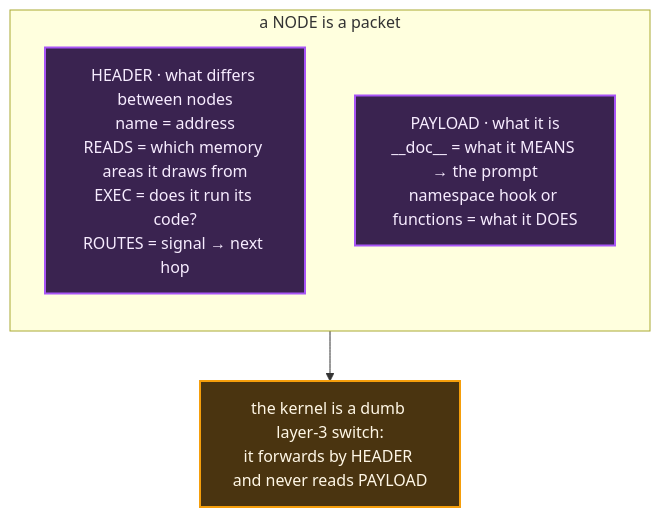
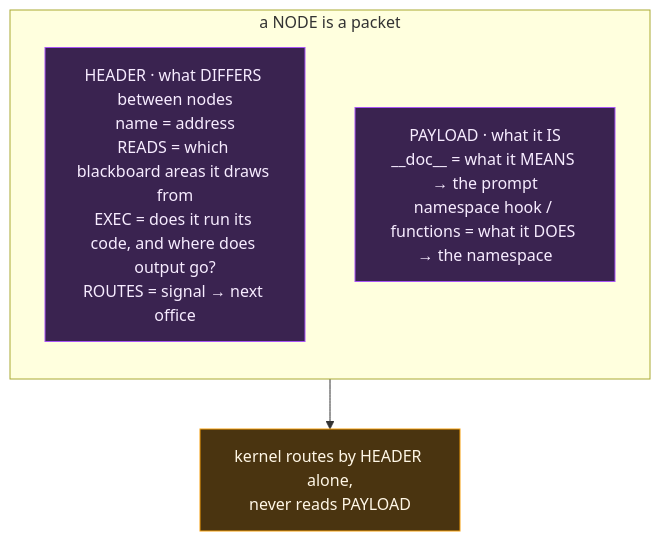
The third of 8 diagrams in README.md (wgabrys88/endgame-ai), drawn with Mermaid before and after one commit. The commit also changed other lines of this file, not shown here.

````diff
--- a/README.md
+++ b/README.md
@@ -107,15 +136,13 @@
 ```mermaid
 flowchart TB
     subgraph PACKET["a NODE is a packet"]
       direction TB
-      H["HEADER · what differs between nodes<br/>name = address<br/>READS = which memory areas it draws from<br/>EXEC = does it run its code?<br/>ROUTES = signal → next hop"]
-      P["PAYLOAD · what it is<br/>__doc__ = what it MEANS → the prompt<br/>namespace hook or functions = what it DOES"]
+      H["HEADER · what DIFFERS between nodes<br/>name = address<br/>READS = which blackboard areas it draws from<br/>EXEC = does it run its code, and where does output go?<br/>ROUTES = signal → next office"]
+      P["PAYLOAD · what it IS<br/>__doc__ = what it MEANS → the prompt<br/>namespace hook / functions = what it DOES → the namespace"]
     end
-    K["the kernel is a dumb layer-3 switch:<br/>it forwards by HEADER and never reads PAYLOAD"]
+    K["kernel routes by HEADER alone,<br/>never reads PAYLOAD"]
     PACKET --> K
-
-    classDef p fill:#3a2350,stroke:#a855f7,stroke-width:2px,color:#f7ecff;
-    classDef k fill:#4a3410,stroke:#f59e0b,stroke-width:2px,color:#fff7e6;
-    class H,P p;
-    class K k;
+    classDef p fill:#3a2350,stroke:#a855f7,color:#f7ecff;
+    classDef k fill:#4a3410,stroke:#f59e0b,color:#fff7e6;
+    class H,P p; class K k;
 ```
````
